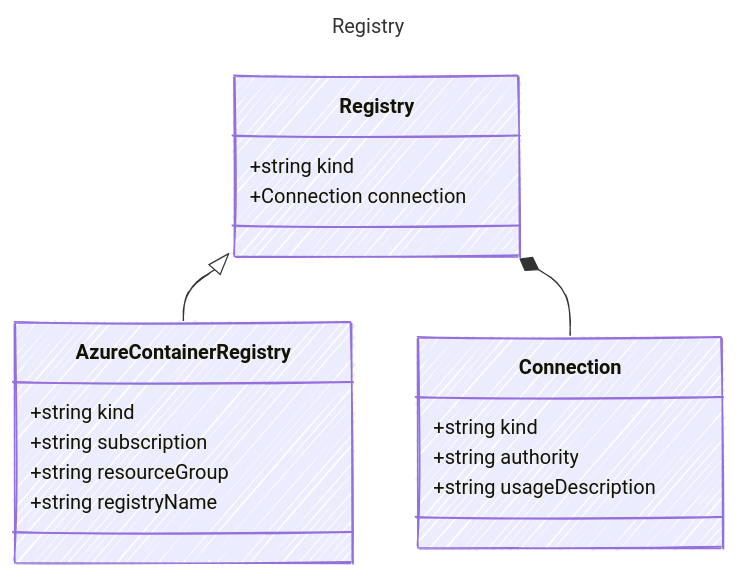
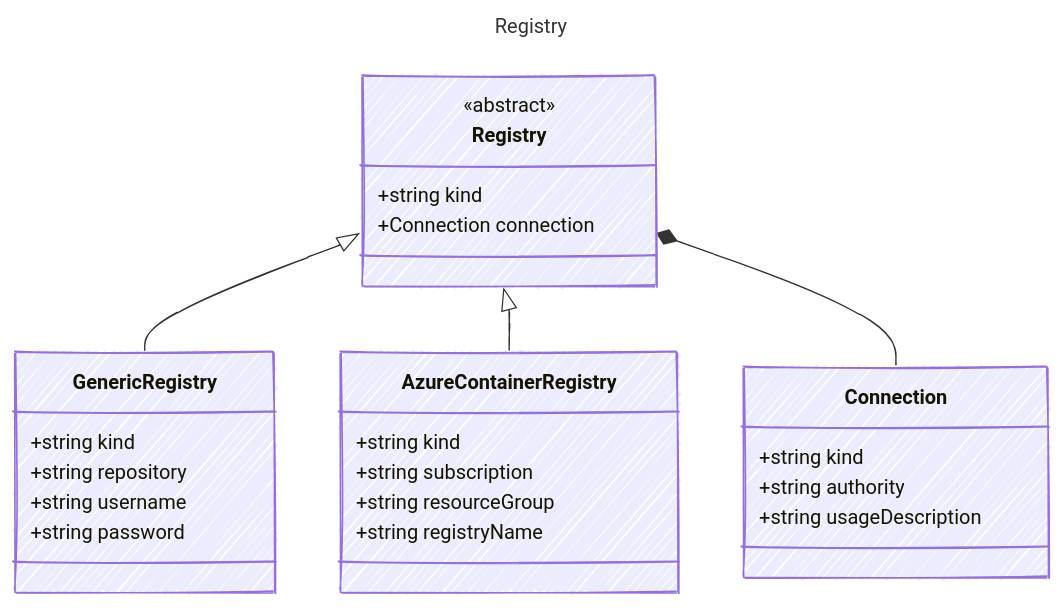
Before and after one commit to microsoft/prompty: the diagram in specification/prompty/docs/Registry.md, drawn with Mermaid. The commit also changed other lines of this file and 14 other files, not shown here.

Commit message:
corrected abstract registry classes

````diff
--- a/specification/prompty/docs/Registry.md
+++ b/specification/prompty/docs/Registry.md
@@ -5,29 +7,36 @@
 ```mermaid
 ---
 title: Registry
 config:
   look: handDrawn
   theme: colorful
   class:
     hideEmptyMembersBox: true
 ---
 classDiagram
     class Registry {
-      
+      <<abstract>>
         +string kind
         +Connection connection
     }
+    class GenericRegistry {
+        +string kind
+        +string repository
+        +string username
+        +string password
+    }
+    Registry <|-- GenericRegistry
     class AzureContainerRegistry {
         +string kind
         +string subscription
         +string resourceGroup
         +string registryName
     }
     Registry <|-- AzureContainerRegistry
     class Connection {
         +string kind
         +string authority
         +string usageDescription
     }
     Registry *-- Connection
 ```
````
